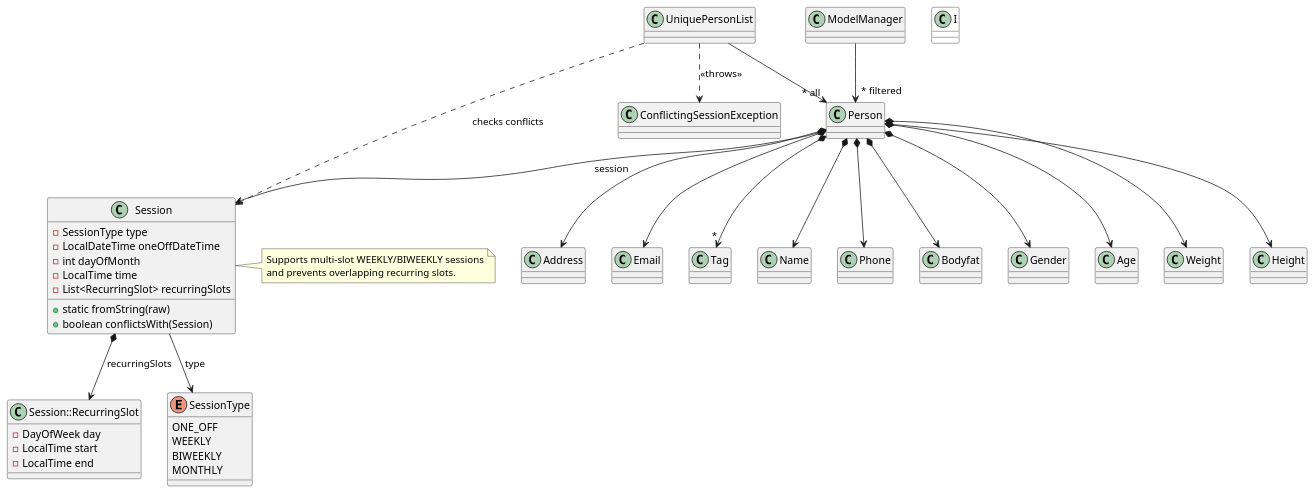
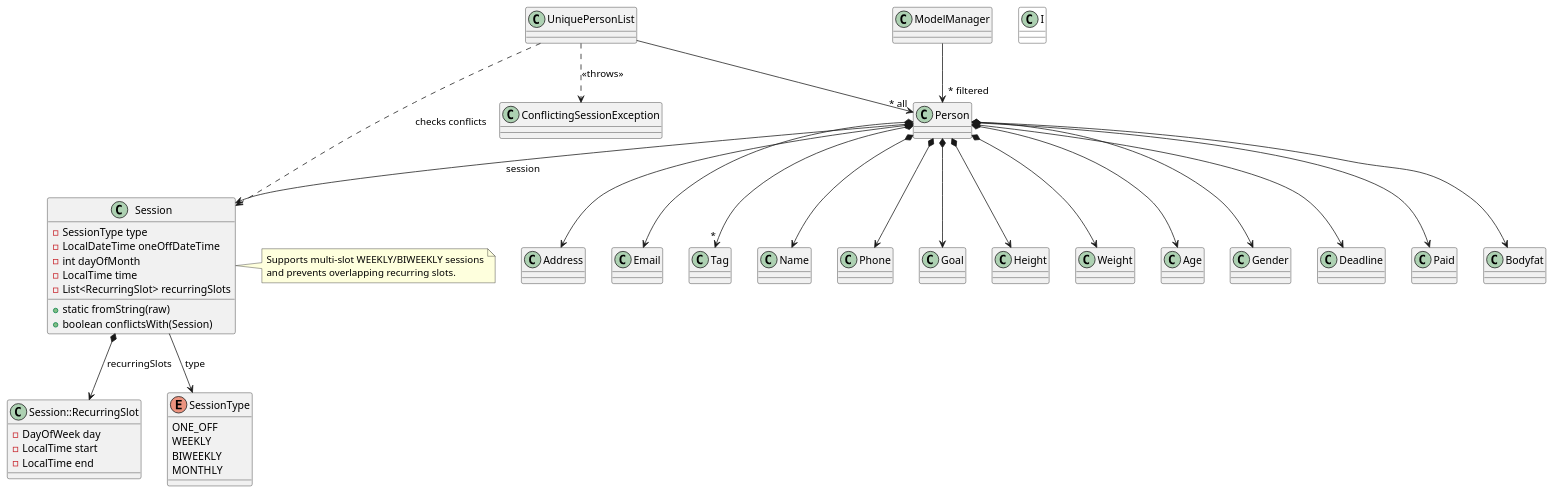
The diagram in diagrams/ModelClassDiagram.puml (AY2526S1-CS2103T-F09-4/tp), drawn with PlantUML before and after one commit. The commit also changed 25 other files, not shown here.

```diff
--- a/diagrams/ModelClassDiagram.puml
+++ b/diagrams/ModelClassDiagram.puml
@@ -1,57 +1,60 @@
 @startuml
 
 Class Tag
 
 Class Session {
     -SessionType type
     -LocalDateTime oneOffDateTime
     -int dayOfMonth
     -LocalTime time
     -List<RecurringSlot> recurringSlots
     +static fromString(raw)
     +boolean conflictsWith(Session)
 }
 
 Class "Session::RecurringSlot" as SessionRecurringSlot {
     -DayOfWeek day
     -LocalTime start
     -LocalTime end
 }
 
 Enum SessionType {
     ONE_OFF
     WEEKLY
     BIWEEKLY
     MONTHLY
 }
 
 Class ConflictingSessionException
 
 Class I #FFFFFF
 
 UniquePersonList --> "~* all" Person
 UniquePersonList ..> Session : checks conflicts
 UniquePersonList ..> ConflictingSessionException : <<throws>>
 Person *--> Name
 Person *--> Phone
 Person *--> Email
 Person *--> Address
+Person *--> Goal
+Person *--> Height
+Person *--> Weight
+Person *--> Age
+Person *--> Gender
+Person *--> Deadline
+Person *--> Paid
 Person *--> Bodyfat
-Person *--> Gender
-Person *--> Age
-Person *--> Weight
-Person *--> Height
 Person *--> "*" Tag
 Person *--> Session : session
 Session *--> SessionRecurringSlot : recurringSlots
 Session --> SessionType : type
 
 Address -[hidden]right-> Email
 
 note right of Session
   Supports multi-slot WEEKLY/BIWEEKLY sessions
   and prevents overlapping recurring slots.
 end note
 
 ModelManager --> "~* filtered" Person
 @enduml
```
